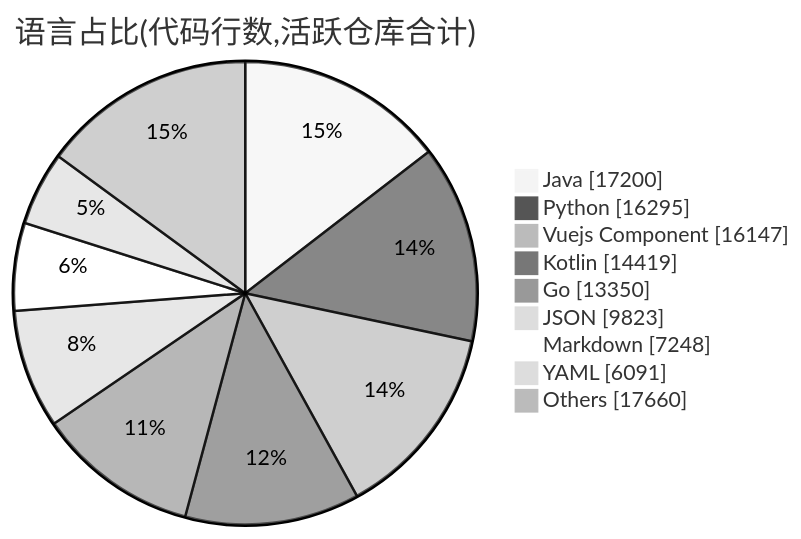
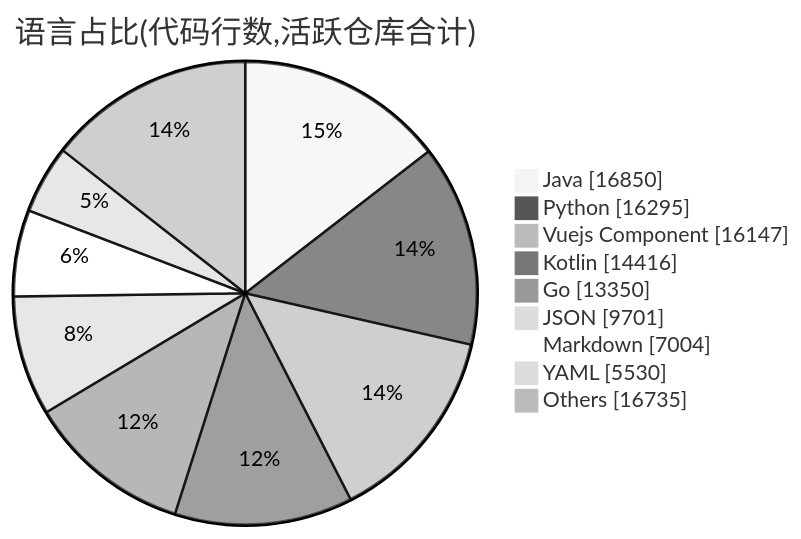
Before and after one commit to Conflux-Union/.github: the second of 2 diagrams in profile/README.md, drawn with Mermaid (neutral theme). The commit also changed other lines of this file and 1 other file, not shown here.

````diff
--- a/profile/README.md
+++ b/profile/README.md
@@ -78,13 +78,13 @@
 ```mermaid
 pie showData
     title 语言占比(代码行数,活跃仓库合计)
-    "Java" : 17200
+    "Java" : 16850
     "Python" : 16295
     "Vuejs Component" : 16147
-    "Kotlin" : 14419
+    "Kotlin" : 14416
     "Go" : 13350
-    "JSON" : 9823
-    "Markdown" : 7248
-    "YAML" : 6091
-    "Others" : 17660
+    "JSON" : 9701
+    "Markdown" : 7004
+    "YAML" : 5530
+    "Others" : 16735
 ```
````
